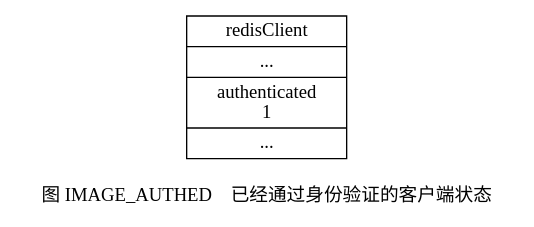
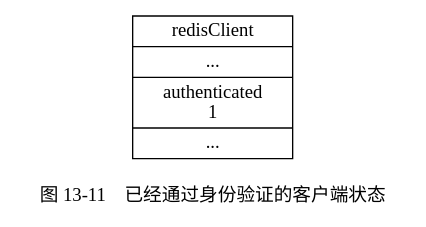
The ninth of 9 diagrams in preview/client/redis_client_property.rst (huangzworks/redisbook1e), drawn with Graphviz before and after one commit. The commit also changed other lines of this file and 4 other files, not shown here.

Commit message:
修正图 13-5 、14-3 和 14-6 ，感谢 凯旋冲锋 的提醒。

```diff
--- a/preview/client/redis_client_property.rst
+++ b/preview/client/redis_client_property.rst
@@ -672,13 +672,13 @@
 .. graphviz::
 
     digraph {
 
         rankdir = LR;
 
         node [shape = record];
 
         redisClient [label = " redisClient | ... | authenticated \n 1 | ... "];
 
-        label = "\n 图 IMAGE_AUTHED    已经通过身份验证的客户端状态";
+        label = "\n 图 13-11    已经通过身份验证的客户端状态";
 
     }
```
